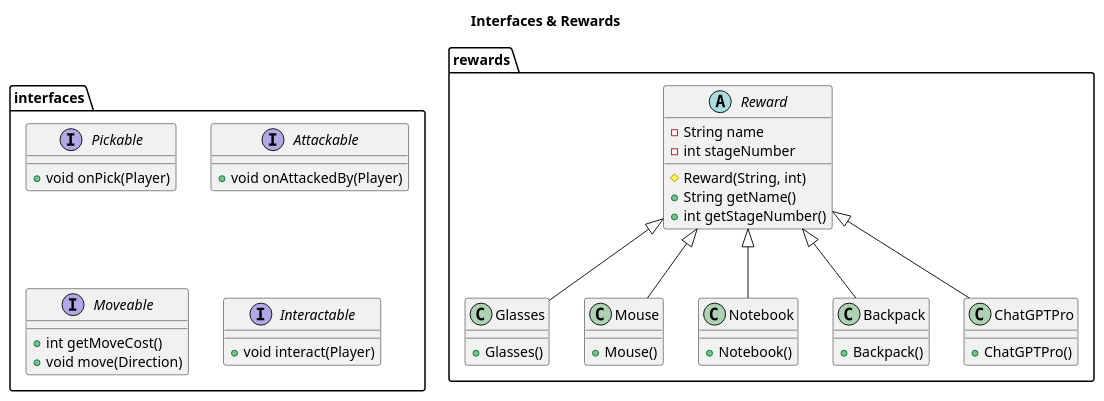
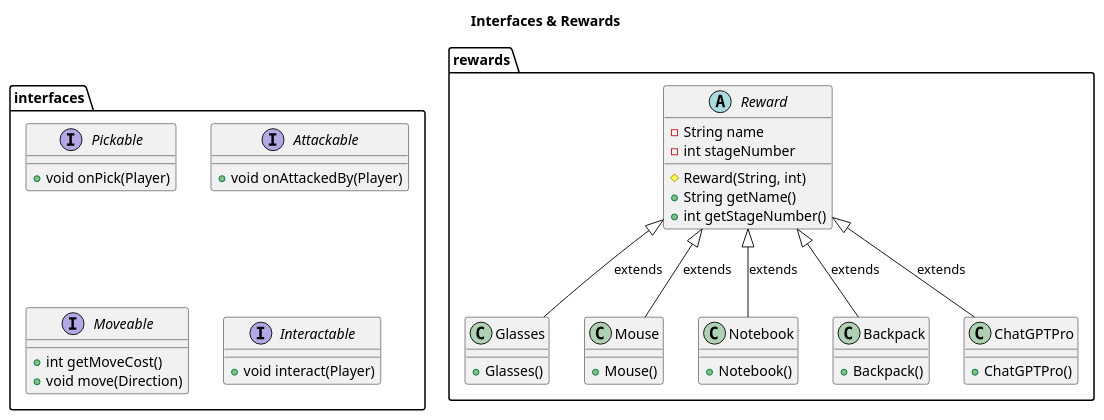
The diagram in UML_1_Interfaces_Rewards.puml (Pitichod/ProgMeth-Project), drawn with PlantUML before and after one commit. The commit also changed 3 other files, not shown here.

Commit message:
Improve UML diagrams: add composition/aggregation, multiplicities, and role labels

```diff
--- a/UML_1_Interfaces_Rewards.puml
+++ b/UML_1_Interfaces_Rewards.puml
@@ -1,59 +1,59 @@
 @startuml UML_1_Interfaces_Rewards
 title Interfaces & Rewards
 
 package interfaces {
     interface Pickable {
         + void onPick(Player)
     }
 
     interface Attackable {
         + void onAttackedBy(Player)
     }
 
     interface Moveable {
         + int getMoveCost()
         + void move(Direction)
     }
 
     interface Interactable {
         + void interact(Player)
     }
 }
 
 package rewards {
     abstract class Reward {
         - String name
         - int stageNumber
         # Reward(String, int)
         + String getName()
         + int getStageNumber()
     }
 
     class Glasses {
         + Glasses()
     }
 
     class Mouse {
         + Mouse()
     }
 
     class Notebook {
         + Notebook()
     }
 
     class Backpack {
         + Backpack()
     }
 
     class ChatGPTPro {
         + ChatGPTPro()
     }
 }
 
-Reward <|-- Glasses
-Reward <|-- Mouse
-Reward <|-- Notebook
-Reward <|-- Backpack
-Reward <|-- ChatGPTPro
+Reward <|-- Glasses : extends
+Reward <|-- Mouse : extends
+Reward <|-- Notebook : extends
+Reward <|-- Backpack : extends
+Reward <|-- ChatGPTPro : extends
 
 @enduml
```
